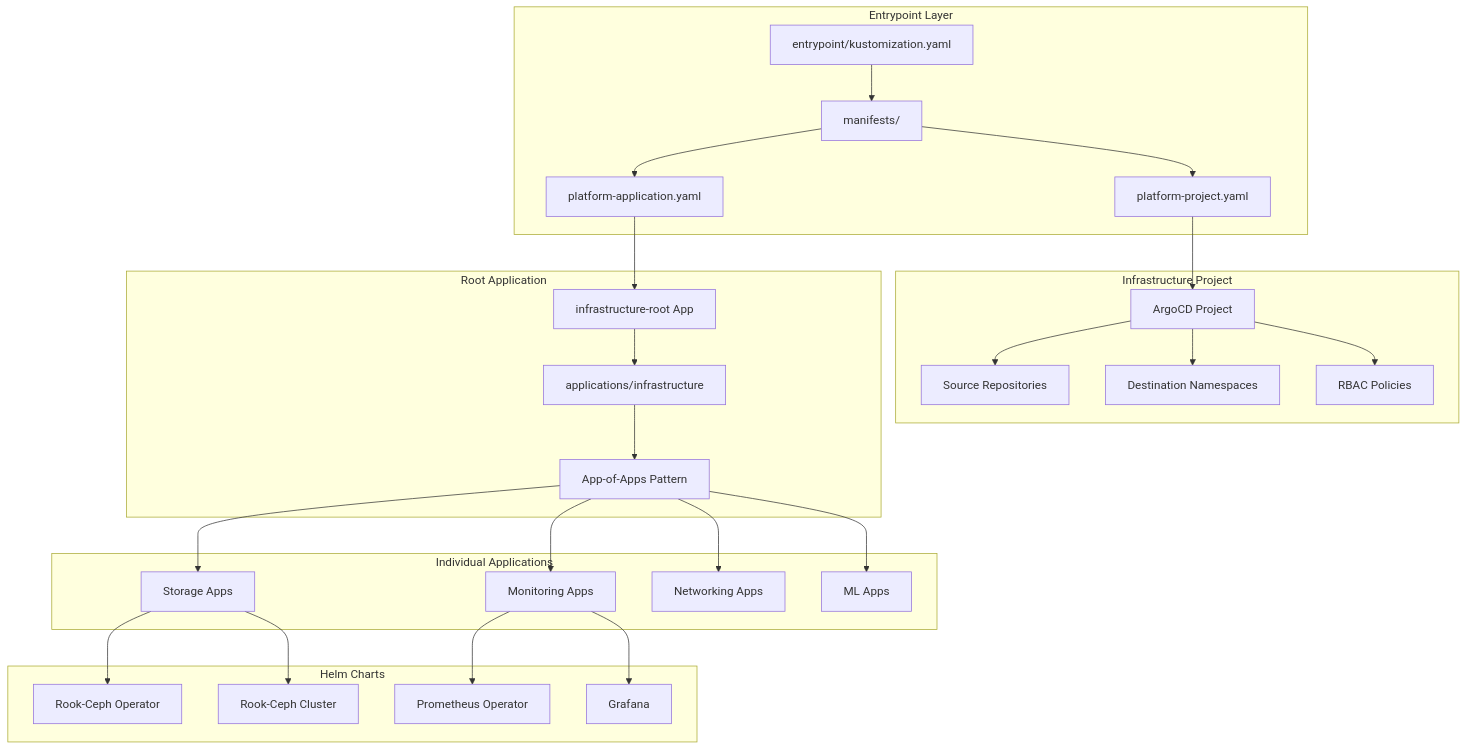
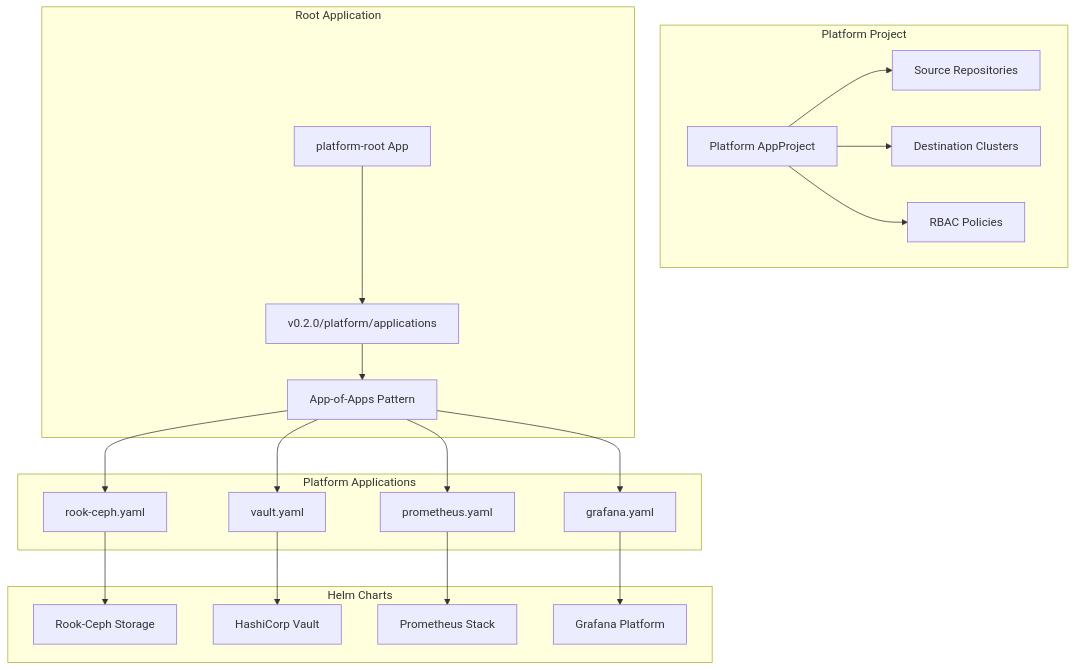
One commit to pnow-devsupreme/pn-infra changed the seventh of 8 diagrams in v0.2.0/README.md. Above: the diagram before and after it, drawn with Mermaid. The commit also changed other lines of this file and 99 other files, not shown here.

````diff
--- a/v0.2.0/README.md
+++ b/v0.2.0/README.md
@@ -565,35 +383,27 @@
 ```mermaid
 graph TB
-    subgraph "Entrypoint Layer"
-        A[entrypoint/kustomization.yaml] --> B[manifests/]
-        B --> C[platform-project.yaml]
-        B --> D[platform-application.yaml]
-    end
-    
-    subgraph "Infrastructure Project"
-        C --> E[ArgoCD Project]
-        E --> F[Source Repositories]
-        E --> G[Destination Namespaces]
-        E --> H[RBAC Policies]
+    subgraph "Platform Project"
+        A[Platform AppProject] --> B[Source Repositories]
+        A --> C[Destination Clusters]
+        A --> D[RBAC Policies]
     end
     
     subgraph "Root Application"
-        D --> I[infrastructure-root App]
-        I --> J[applications/infrastructure]
-        J --> K[App-of-Apps Pattern]
+        E[platform-root App] --> F[v0.2.0/platform/applications]
+        F --> G[App-of-Apps Pattern]
     end
     
-    subgraph "Individual Applications"
-        K --> L[Storage Apps]
-        K --> M[Monitoring Apps]
-        K --> N[Networking Apps]
-        K --> O[ML Apps]
+    subgraph "Platform Applications"
+        G --> H[rook-ceph.yaml]
+        G --> I[vault.yaml]
+        G --> J[prometheus.yaml]
+        G --> K[grafana.yaml]
     end
     
     subgraph "Helm Charts"
-        L --> P[Rook-Ceph Operator]
-        L --> Q[Rook-Ceph Cluster]
-        M --> R[Prometheus Operator]
-        M --> S[Grafana]
+        H --> L[Rook-Ceph Storage]
+        I --> M[HashiCorp Vault]
+        J --> N[Prometheus Stack]
+        K --> O[Grafana Platform]
     end
 ```
````
